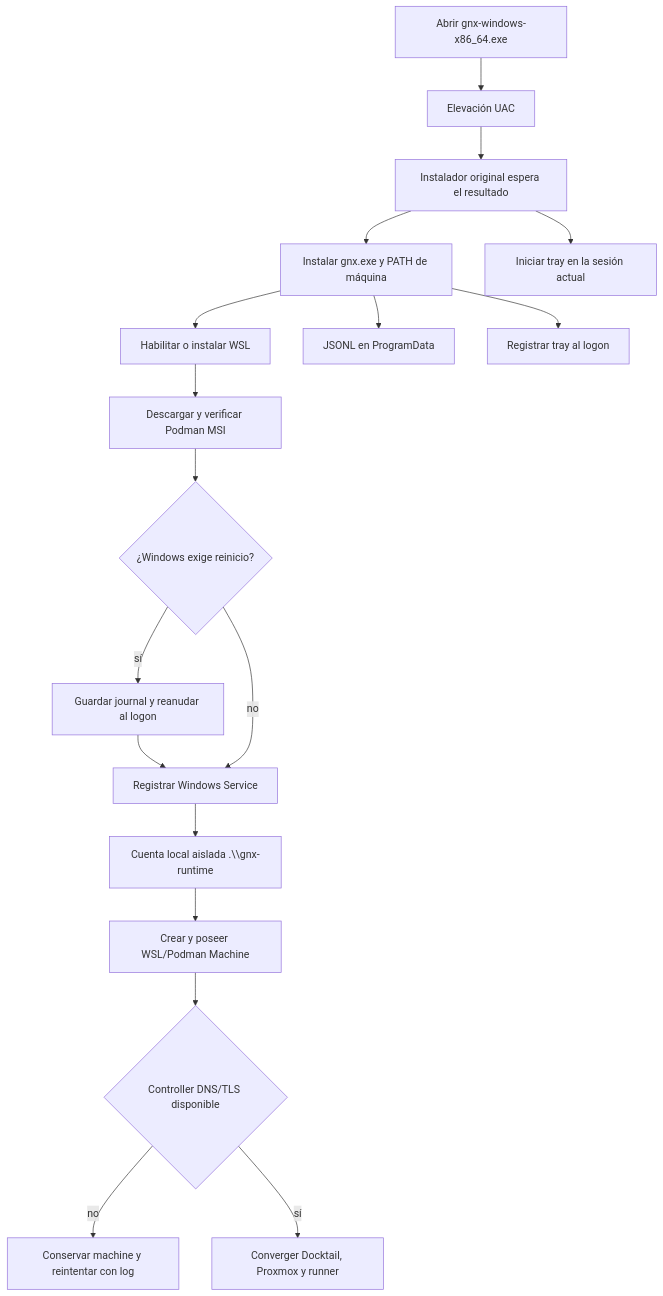
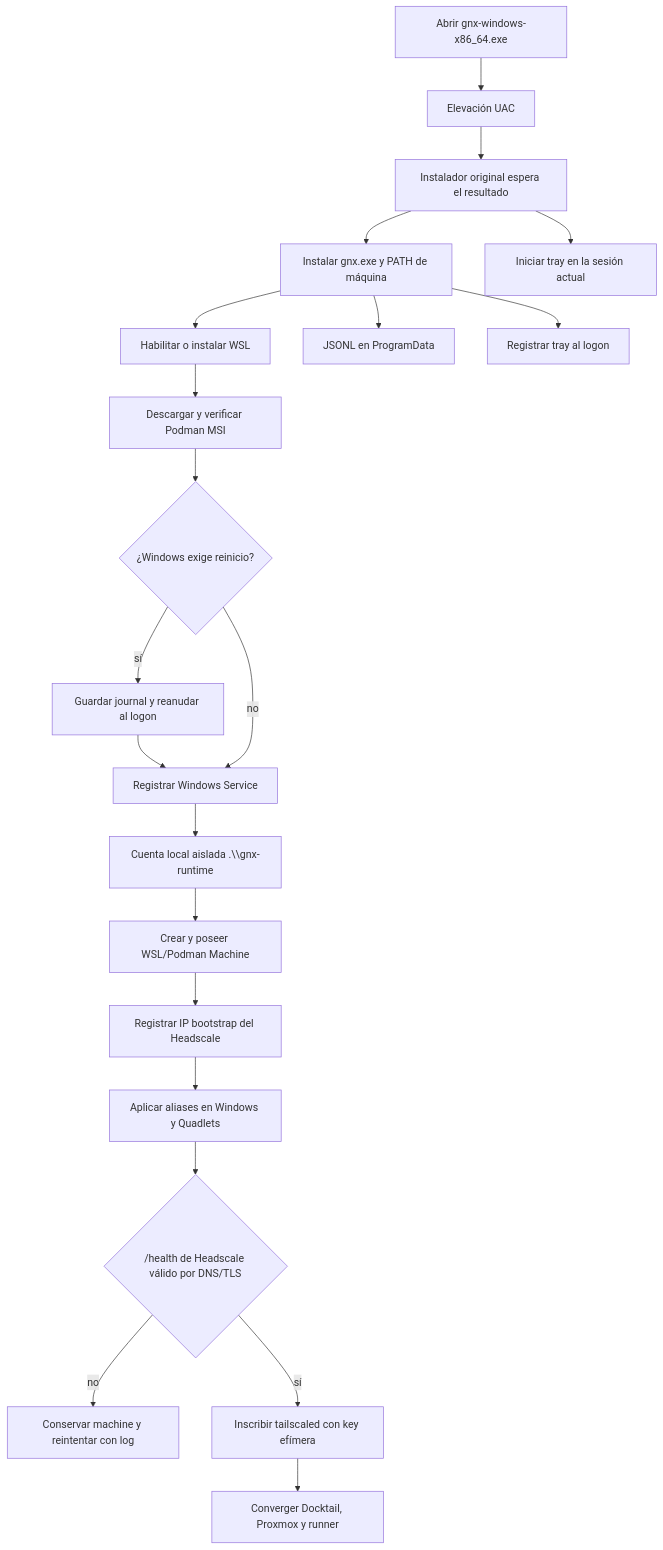
The third of 5 diagrams in docs/architecture.md (mayas-alas/quetzalcoatl), drawn with Mermaid before and after one commit. The commit also changed other lines of this file and 3 other files, not shown here.

Commit message:
docs: define Headscale bootstrap flow

````diff
--- a/docs/architecture.md
+++ b/docs/architecture.md
@@ -68,20 +95,23 @@
 ```mermaid
 flowchart TD
     A["Abrir gnx-windows-x86_64.exe"] --> UAC["Elevación UAC"]
     UAC --> WAIT["Instalador original espera el resultado"]
     WAIT --> FILES["Instalar gnx.exe y PATH de máquina"]
     FILES --> WSL["Habilitar o instalar WSL"]
     WSL --> MSI["Descargar y verificar Podman MSI"]
     MSI --> REBOOT{"¿Windows exige reinicio?"}
     REBOOT -- "sí" --> JOURNAL["Guardar journal y reanudar al logon"]
     JOURNAL --> SERVICE["Registrar Windows Service"]
     REBOOT -- "no" --> SERVICE
     SERVICE --> ID["Cuenta local aislada .\\gnx-runtime"]
     ID --> MACHINE["Crear y poseer WSL/Podman Machine"]
-    MACHINE --> CP{"Controller DNS/TLS disponible"}
+    MACHINE --> ADDRESS["Registrar IP bootstrap del Headscale"]
+    ADDRESS --> DNS["Aplicar aliases en Windows y Quadlets"]
+    DNS --> CP{"/health de Headscale válido por DNS/TLS"}
     CP -- "no" --> RETRY["Conservar machine y reintentar con log"]
-    CP -- "sí" --> QUADLETS["Converger Docktail, Proxmox y runner"]
+    CP -- "sí" --> AUTH["Inscribir tailscaled con key efímera"]
+    AUTH --> QUADLETS["Converger Docktail, Proxmox y runner"]
     FILES --> LOG["JSONL en ProgramData"]
     FILES --> TRAY["Registrar tray al logon"]
     WAIT --> NOW["Iniciar tray en la sesión actual"]
 ```
````
